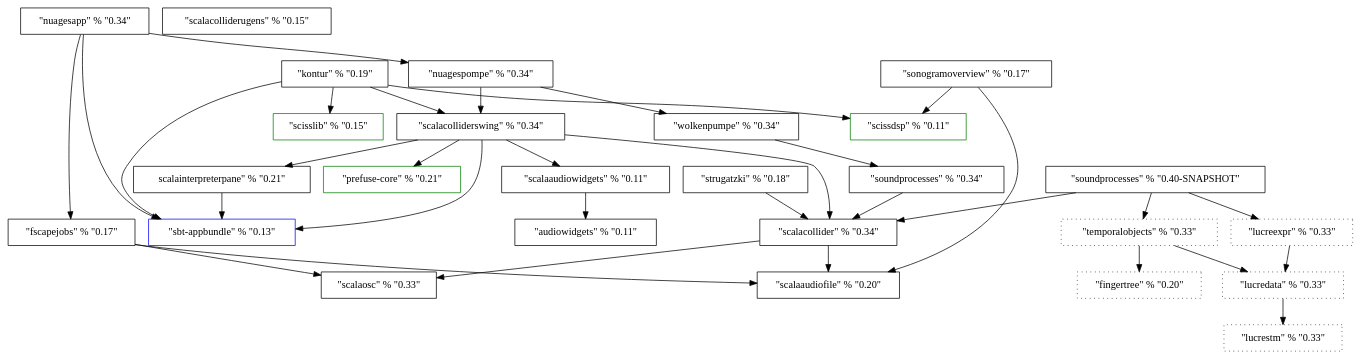
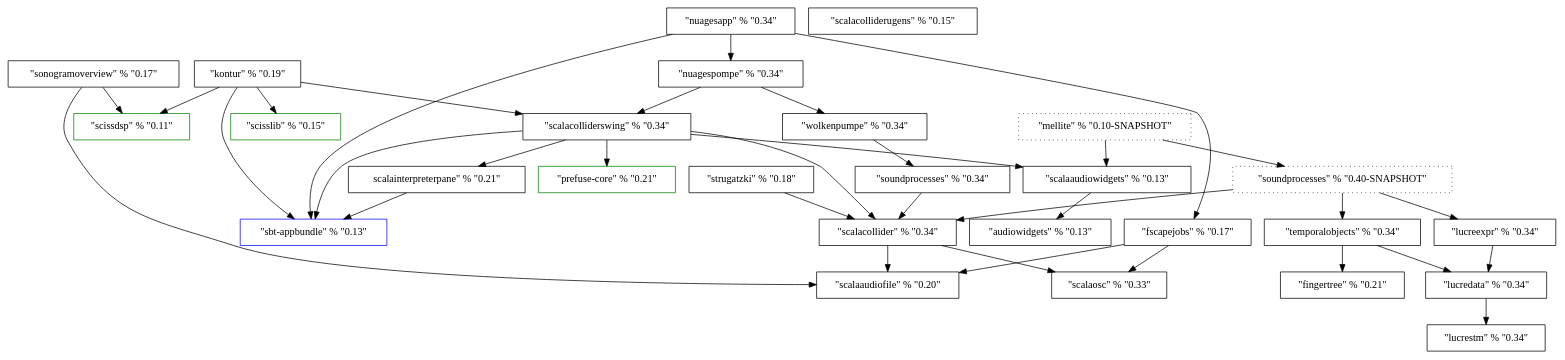
Before and after one commit to Sciss/HistoricalCode: the diagram in ProjectDependencies/dep.dot, drawn with Graphviz.

```diff
--- a/ProjectDependencies/dep.dot
+++ b/ProjectDependencies/dep.dot
@@ -1,62 +1,64 @@
 digraph G {
 	ScalaOSC [label="\"scalaosc\" % \"0.33\"", shape=box];
 	ScalaAudioFile [label="\"scalaaudiofile\" % \"0.20\"", shape=box];
 	FScapeJobs [label="\"fscapejobs\" % \"0.17\"", shape=box];
-	AudioWidgets [label="\"audiowidgets\" % \"0.11\"", shape=box];
-	ScalaAudioWidgets [label="\"scalaaudiowidgets\" % \"0.11\"", shape=box];
+	AudioWidgets [label="\"audiowidgets\" % \"0.13\"", shape=box];
+	ScalaAudioWidgets [label="\"scalaaudiowidgets\" % \"0.13\"", shape=box];
 	SbtAppbundle [label="\"sbt-appbundle\" % \"0.13\"", shape=Box, color=blue];
 	ScissDSP [label="\"scissdsp\" % \"0.11\"", shape=Box, color=green];
 	SonogramOverview [label="\"sonogramoverview\" % \"0.17\"", shape=Box];
 	ScalaCollider [label="\"scalacollider\" % \"0.34\"", shape=Box];
 	Strugatzki [label="\"strugatzki\" % \"0.18\"", shape=Box];
 	ScalaInterpreterPane [label="\scalainterpreterpane\" % \"0.21\"", shape=Box];
 	PrefuseCore [label="\"prefuse-core\" % \"0.21\"", shape=Box, color=green];
 	ScalaColliderSwing [label="\"scalacolliderswing\" % \"0.34\"", shape=Box];
 	SoundProcesses [label="\"soundprocesses\" % \"0.34\"", shape=Box];
 	Wolkenpumpe [label="\"wolkenpumpe\" % \"0.34\"", shape=Box];
 	NuagesPompe [label="\"nuagespompe\" % \"0.34\"", shape=Box];
 	NuagesApp [label="\"nuagesapp\" % \"0.34\"", shape=Box];
 	ScissLib [label="\"scisslib\" % \"0.15\"", shape=Box, color=green];
 	Kontur [label="\"kontur\" % \"0.19\"", shape=Box];
-	FingerTree [label="\"fingertree\" % \"0.20\"", shape=Box, style=dotted];
+	FingerTree [label="\"fingertree\" % \"0.21\"", shape=Box];
 	ScalaColliderUGens [label="\"scalacolliderugens\" % \"0.15\"", shape=Box];
-	LucreSTM [label="\"lucrestm\" % \"0.33\"", shape=Box, style=dotted];
-	LucreExpr [label="\"lucreexpr\" % \"0.33\"", shape=Box, style=dotted];
-	LucreData [label="\"lucredata\" % \"0.33\"", shape=Box, style=dotted];
-	TemporalObjects [label="\"temporalobjects\" % \"0.33\"", shape=Box, style=dotted];
-	SoundProcesses3 [label="\"soundprocesses\" % \"0.40-SNAPSHOT\"", shape=Box];
-
+	LucreSTM [label="\"lucrestm\" % \"0.34\"", shape=Box];
+	LucreData [label="\"lucredata\" % \"0.34\"", shape=Box];
+	LucreExpr [label="\"lucreexpr\" % \"0.34\"", shape=Box];
+	TemporalObjects [label="\"temporalobjects\" % \"0.34\"", shape=Box];
+	SoundProcesses3 [label="\"soundprocesses\" % \"0.40-SNAPSHOT\"", shape=Box, style=dotted];
+	Mellite [label="\"mellite\" % \"0.10-SNAPSHOT\"", shape=Box, style=dotted];
 	
 	FScapeJobs -> ScalaOSC;
 	FScapeJobs -> ScalaAudioFile;
 	ScalaAudioWidgets -> AudioWidgets;
 	SonogramOverview -> ScalaAudioFile;
 	SonogramOverview -> ScissDSP;
 	ScalaCollider -> ScalaOSC;
 	ScalaCollider -> ScalaAudioFile;
 	Strugatzki -> ScalaCollider;
 	ScalaInterpreterPane -> SbtAppbundle;
 	ScalaColliderSwing -> SbtAppbundle;
 	ScalaColliderSwing -> ScalaCollider;
 	ScalaColliderSwing -> ScalaInterpreterPane;
 	ScalaColliderSwing -> PrefuseCore;
 	ScalaColliderSwing -> ScalaAudioWidgets;
 	SoundProcesses -> ScalaCollider;
 	Wolkenpumpe -> SoundProcesses;
 	NuagesPompe -> Wolkenpumpe;
 	NuagesPompe -> ScalaColliderSwing;
 	NuagesApp -> SbtAppbundle;
 	NuagesApp -> NuagesPompe;
 	NuagesApp -> FScapeJobs;
 	Kontur -> SbtAppbundle;
 	Kontur -> ScalaColliderSwing;
 	Kontur -> ScissDSP;
 	Kontur -> ScissLib;
 	LucreData -> LucreSTM;
    LucreExpr -> LucreData;
 	TemporalObjects -> FingerTree;
 	TemporalObjects -> LucreData;
 	SoundProcesses3 -> ScalaCollider;
 	SoundProcesses3 -> TemporalObjects;
 	SoundProcesses3 -> LucreExpr;
+	Mellite -> SoundProcesses3;
+	Mellite -> ScalaAudioWidgets;
 }
```
